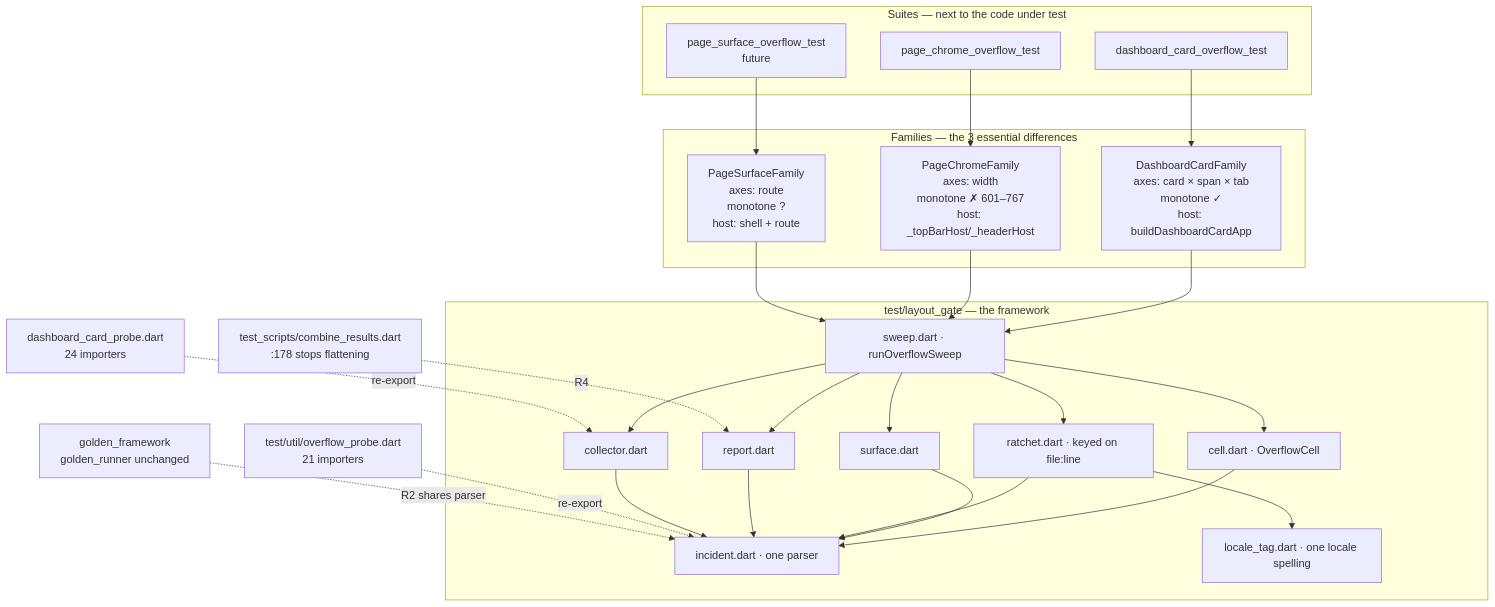
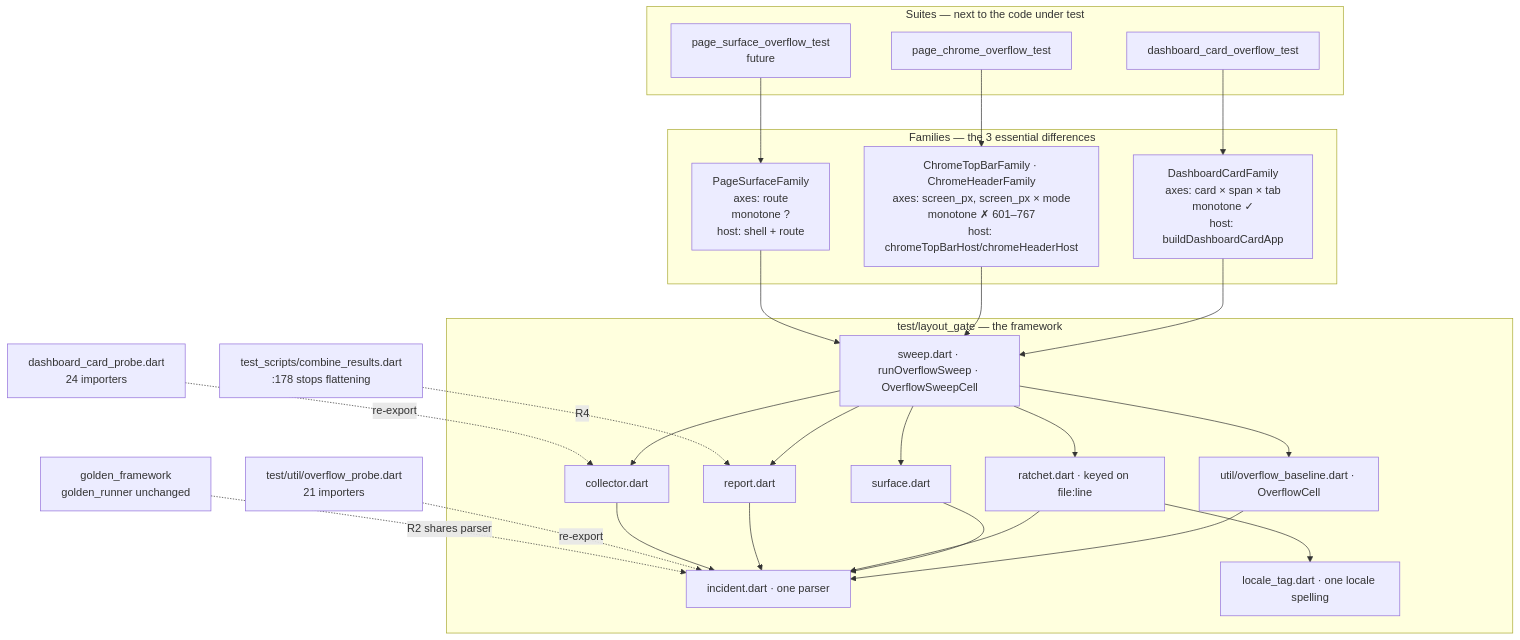
The first of 2 diagrams in doc/testing/overflow_gate_architecture.md (linksys/PrivacyGUI), drawn with Mermaid before and after one commit. The commit also changed other lines of this file and 7 other files, not shown here.

````diff
--- a/doc/testing/overflow_gate_architecture.md
+++ b/doc/testing/overflow_gate_architecture.md
@@ -330,32 +375,32 @@
 ```mermaid
 graph TD
   subgraph S[Suites — next to the code under test]
     S1[dashboard_card_overflow_test]
     S2[page_chrome_overflow_test]
     S3[page_surface_overflow_test<br/>future]
   end
   subgraph F[Families — the 3 essential differences]
     F1["DashboardCardFamily<br/>axes: card × span × tab<br/>monotone ✓<br/>host: buildDashboardCardApp"]
-    F2["PageChromeFamily<br/>axes: width<br/>monotone ✗ 601–767<br/>host: _topBarHost/_headerHost"]
+    F2["ChromeTopBarFamily · ChromeHeaderFamily<br/>axes: screen_px, screen_px × mode<br/>monotone ✗ 601–767<br/>host: chromeTopBarHost/chromeHeaderHost"]
     F3["PageSurfaceFamily<br/>axes: route<br/>monotone ?<br/>host: shell + route"]
   end
   subgraph K["test/layout_gate — the framework"]
-    K1[sweep.dart · runOverflowSweep]
-    K2[cell.dart · OverflowCell]
+    K1[sweep.dart · runOverflowSweep · OverflowSweepCell]
+    K2[util/overflow_baseline.dart · OverflowCell]
     K3[surface.dart]
     K4[ratchet.dart · keyed on file:line]
     K5[report.dart]
     K6[collector.dart]
     K7[incident.dart · one parser]
     K8[locale_tag.dart · one locale spelling]
   end
   S1 --> F1 --> K1
   S2 --> F2 --> K1
   S3 --> F3 --> K1
   K1 --> K2 & K3 & K4 & K5 & K6 --> K7
   K4 --> K8
   U1["test/util/overflow_probe.dart<br/>21 importers"] -.re-export.-> K7
   U2["dashboard_card_probe.dart<br/>24 importers"] -.re-export.-> K6
   U3["golden_framework<br/>golden_runner unchanged"] -.R2 shares parser.-> K7
   U4["test_scripts/combine_results.dart<br/>:178 stops flattening"] -.R4.-> K5
 ```
````
